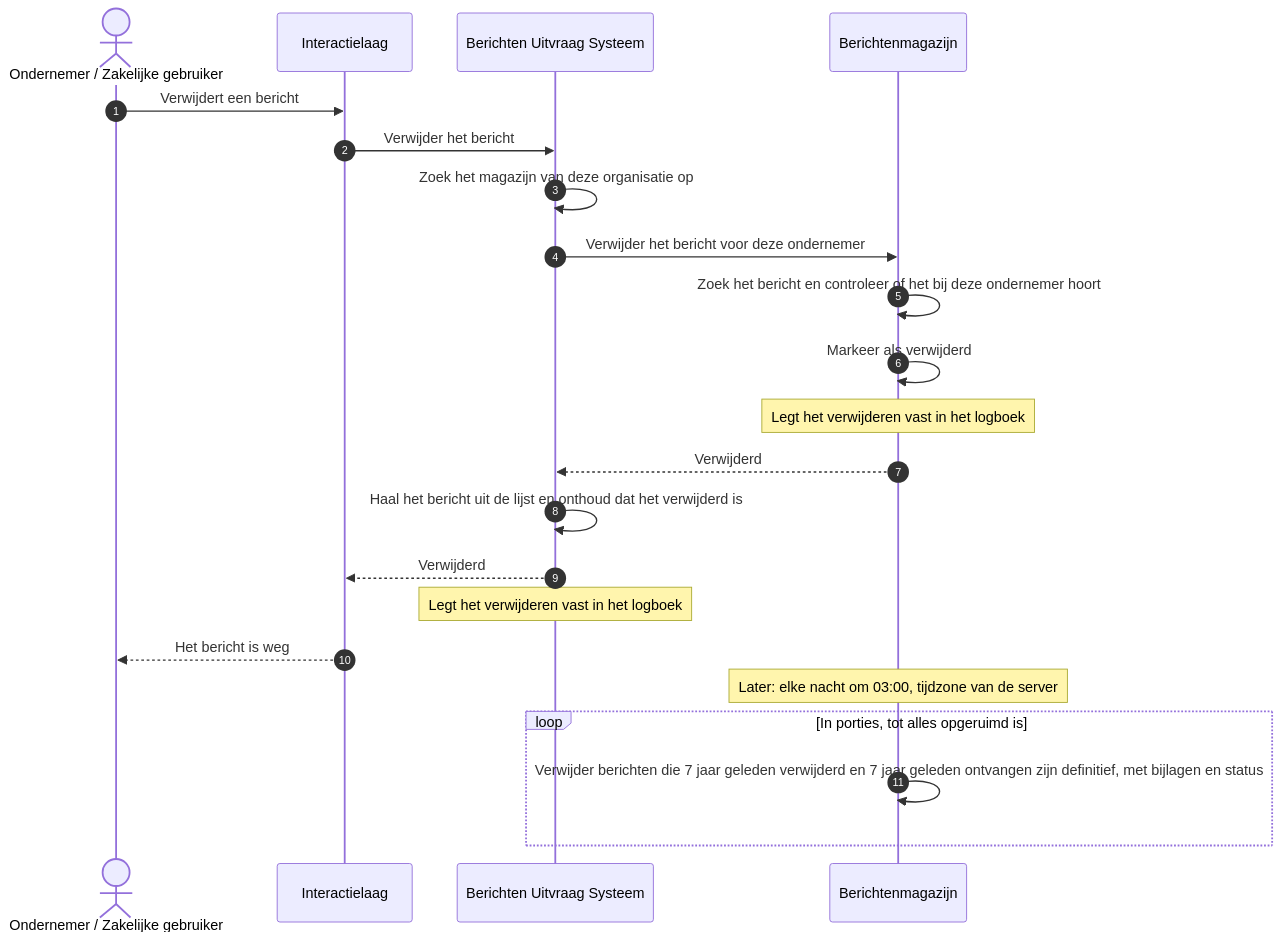
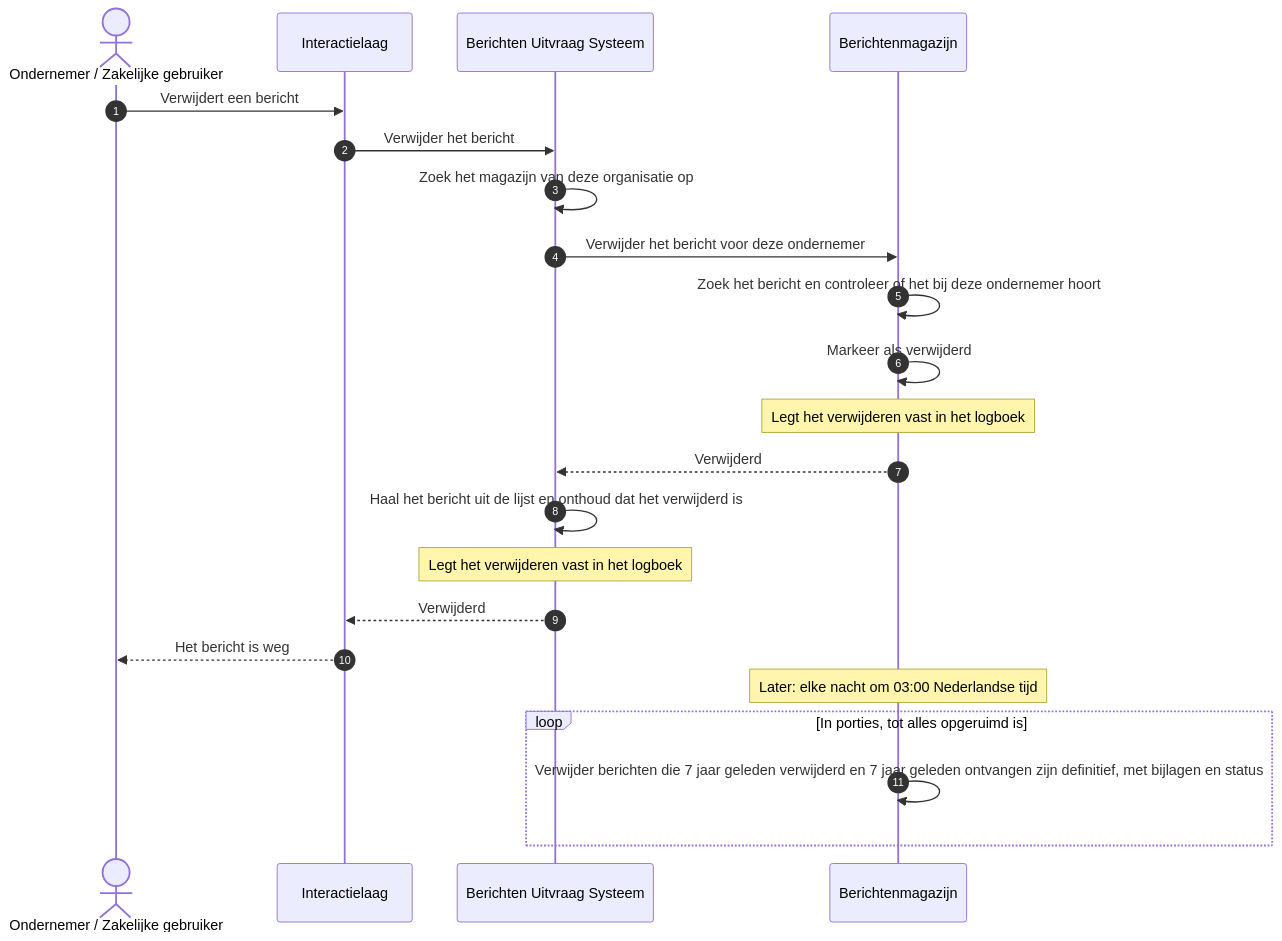
The diagram in docs/architecture/workspace-docs/12-uc8-bericht-verwijderen.md (MinBZK/moza-poc-fbs-berichtenbox), drawn with Mermaid before and after one commit. The commit also changed other lines of this file and 14 other files, not shown here.

````diff
--- a/docs/architecture/workspace-docs/12-uc8-bericht-verwijderen.md
+++ b/docs/architecture/workspace-docs/12-uc8-bericht-verwijderen.md
@@ -26,26 +25,26 @@
 ```mermaid
 sequenceDiagram
     autonumber
     actor OND as Ondernemer / Zakelijke gebruiker
     participant IL as Interactielaag
     participant FBS as Berichten Uitvraag Systeem
     participant MAG as Berichtenmagazijn
 
     OND->>IL: Verwijdert een bericht
     IL->>FBS: Verwijder het bericht
     FBS->>FBS: Zoek het magazijn van deze organisatie op
     FBS->>MAG: Verwijder het bericht voor deze ondernemer
     MAG->>MAG: Zoek het bericht en controleer of het bij deze ondernemer hoort
     MAG->>MAG: Markeer als verwijderd
     Note over MAG: Legt het verwijderen vast in het logboek
     MAG-->>FBS: Verwijderd
     FBS->>FBS: Haal het bericht uit de lijst en onthoud dat het verwijderd is
+    Note over FBS: Legt het verwijderen vast in het logboek
     FBS-->>IL: Verwijderd
-    Note over FBS: Legt het verwijderen vast in het logboek
     IL-->>OND: Het bericht is weg
 
-    Note over MAG: Later: elke nacht om 03:00, tijdzone van de server
+    Note over MAG: Later: elke nacht om 03:00 Nederlandse tijd
     loop In porties, tot alles opgeruimd is
         MAG->>MAG: Verwijder berichten die 7 jaar geleden verwijderd en 7 jaar geleden ontvangen zijn definitief, met bijlagen en status
     end
 ```
````
